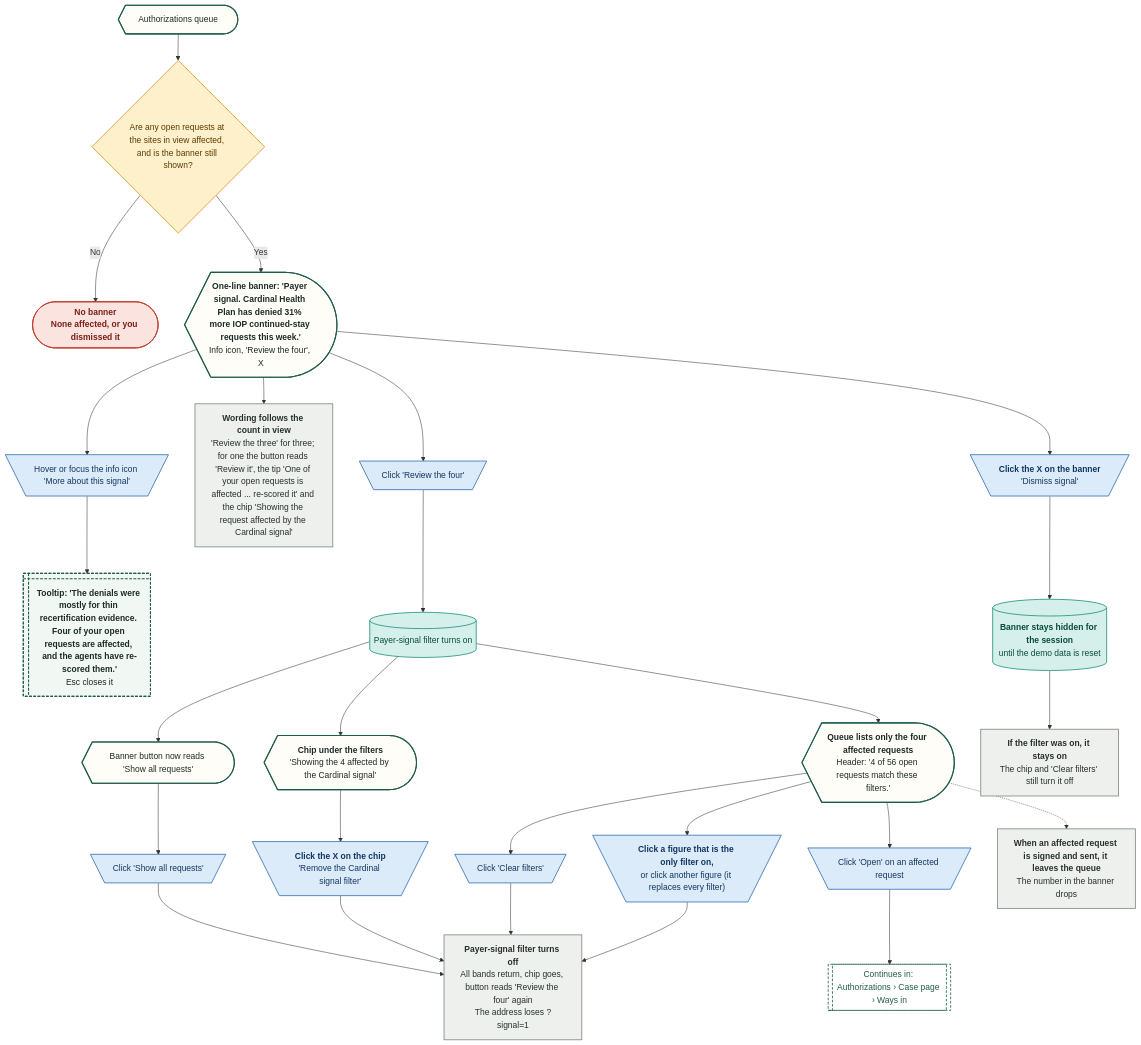
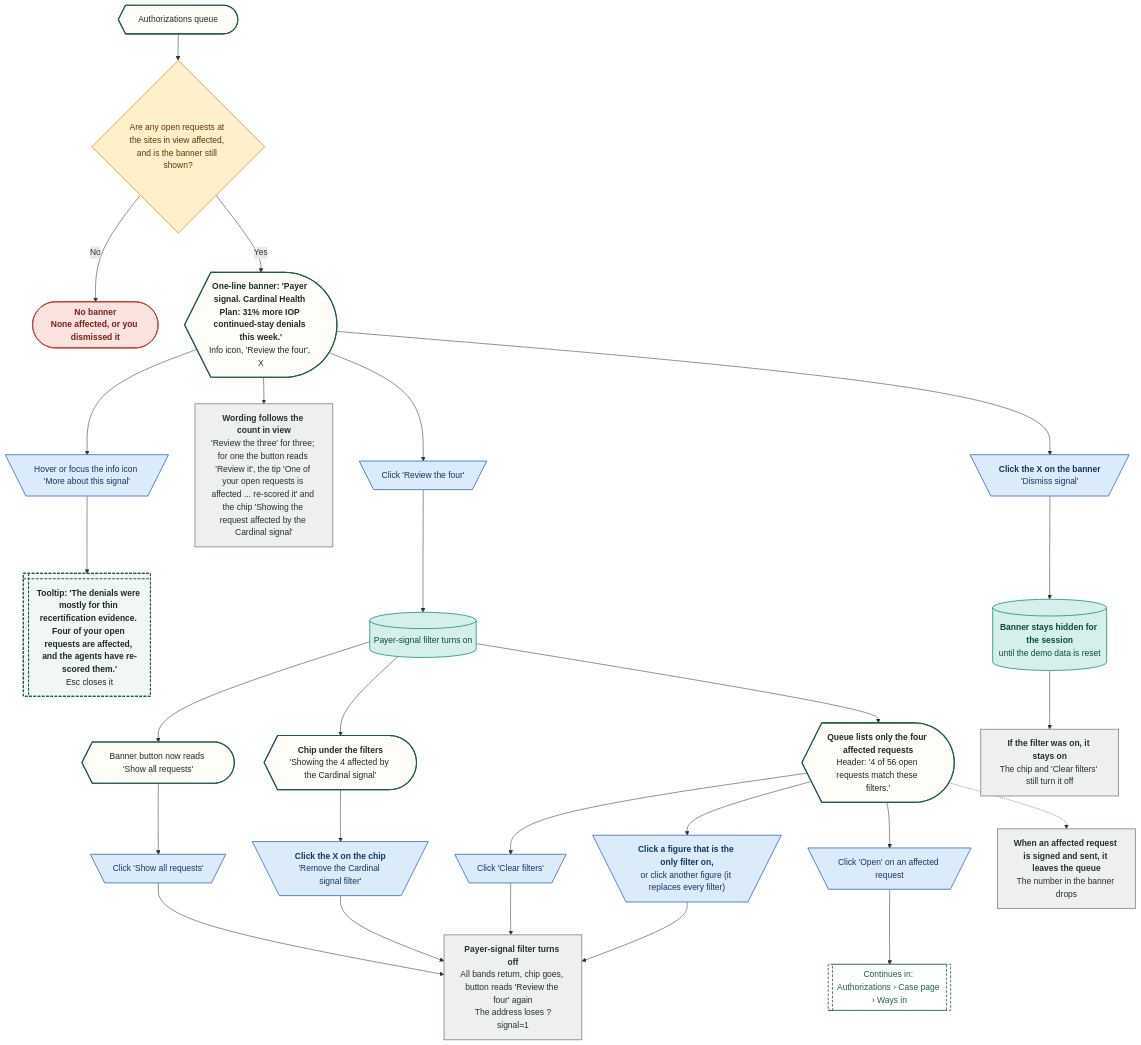
One commit to Shrav143/psyfloapp changed the eighth of 34 diagrams in demos/prior-auth-demo/workflows/out/md/03-authorizations.md. Above: the diagram before and after it, drawn with Mermaid. The commit also changed other lines of this file and 202 other files, not shown here.

First line of the commit message:
docs: round 6 README, CONVENTIONS, spec section 17, diagram module blurbs and 336 rebuilt diagrams

````diff
--- a/demos/prior-auth-demo/workflows/out/md/03-authorizations.md
+++ b/demos/prior-auth-demo/workflows/out/md/03-authorizations.md
@@ -659,65 +659,65 @@
 ```mermaid
 %%{init: {"theme":"base","themeVariables":{"fontFamily":"'DM Sans', 'Segoe UI', system-ui, sans-serif","fontSize":"15px","lineColor":"#5B6B63","primaryTextColor":"#1C2B25","clusterBkg":"#FBF8F3","clusterBorder":"#D9CDBB","edgeLabelBackground":"#FFFFFF"},"flowchart":{"curve":"basis","nodeSpacing":36,"rankSpacing":48,"padding":12,"htmlLabels":true,"useMaxWidth":false,"wrappingWidth":230}} }%%
 flowchart TD
   classDef k_start fill:#1F5C4B,stroke:#174638,color:#FFFFFF,stroke-width:1.5px,font-weight:600
   classDef k_end fill:#DDEFE3,stroke:#2E7D4F,color:#14502F,stroke-width:1.5px,font-weight:600
   classDef k_endx fill:#FBE3E0,stroke:#C0392B,color:#7A1F16,stroke-width:1.5px,font-weight:600
   classDef k_screen fill:#FFFDF8,stroke:#1F5C4B,color:#1C2B25,stroke-width:2px
   classDef k_overlay fill:#F1F7F3,stroke:#1F5C4B,color:#1C2B25,stroke-width:2px,stroke-dasharray:5 3
   classDef k_click fill:#DCEBFA,stroke:#2F6DB5,color:#12365F,stroke-width:1.5px
   classDef k_input fill:#E4E7FF,stroke:#4C5FD5,color:#1D2670,stroke-width:1.5px
   classDef k_process fill:#EEF0EE,stroke:#7A857F,color:#26302B,stroke-width:1.5px
   classDef k_agent fill:#EEE5FA,stroke:#7A4FC2,color:#341A63,stroke-width:1.5px
   classDef k_decision fill:#FFF0CC,stroke:#D9962B,color:#5C3B00,stroke-width:1.5px
   classDef k_store fill:#D5F0EA,stroke:#1C8E7B,color:#0B4A3F,stroke-width:1.5px
   classDef k_doc fill:#F6E9DC,stroke:#B07A4C,color:#4A2E14,stroke-width:1.5px
   classDef k_ext fill:#FFE6D2,stroke:#E07B39,color:#6B2F06,stroke-width:1.5px
   classDef k_wait fill:#E4E8EE,stroke:#6B7C93,color:#26303D,stroke-width:1.5px
   classDef k_toast fill:#FFF9DB,stroke:#C9A400,color:#5A4A00,stroke-width:1.5px
   classDef k_goto fill:#FFFFFF,stroke:#1F5C4B,color:#1F5C4B,stroke-width:1.5px,stroke-dasharray:5 3
   q@{ shape: curv-trap, label: "Authorizations queue" }
   d0@{ shape: diam, label: "Are any open requests at the sites in view affected, and is the banner still shown?" }
   e0@{ shape: stadium, label: "<b>No banner</b><br/>None affected, or you dismissed it" }
-  bn@{ shape: curv-trap, label: "<b>One-line banner: 'Payer signal. Cardinal Health Plan has denied 31% more IOP continued-stay requests this week.'</b><br/>Info icon, 'Review the four', X" }
+  bn@{ shape: curv-trap, label: "<b>One-line banner: 'Payer signal. Cardinal Health Plan: 31% more IOP continued-stay denials this week.'</b><br/>Info icon, 'Review the four', X" }
   inf@{ shape: trap-t, label: "Hover or focus the info icon 'More about this signal'" }
   tip@{ shape: win-pane, label: "<b>Tooltip: 'The denials were mostly for thin recertification evidence. Four of your open requests are affected, and the agents have re-scored them.'</b><br/>Esc closes it" }
   wd@{ shape: rect, label: "<b>Wording follows the count in view</b><br/>'Review the three' for three; for one the button reads 'Review it', the tip 'One of your open requests is affected ... re-scored it' and the chip 'Showing the request affected by the Cardinal signal'" }
   r@{ shape: trap-t, label: "Click 'Review the four'" }
   sf@{ shape: cyl, label: "Payer-signal filter turns on" }
   ls@{ shape: curv-trap, label: "<b>Queue lists only the four affected requests</b><br/>Header: '4 of 56 open requests match these filters.'" }
   chip@{ shape: curv-trap, label: "<b>Chip under the filters</b><br/>'Showing the 4 affected by the Cardinal signal'" }
   bb@{ shape: curv-trap, label: "Banner button now reads 'Show all requests'" }
   sa@{ shape: trap-t, label: "Click 'Show all requests'" }
   cx@{ shape: trap-t, label: "<b>Click the X on the chip</b><br/>'Remove the Cardinal signal filter'" }
   cf@{ shape: trap-t, label: "Click 'Clear filters'" }
   tl@{ shape: trap-t, label: "<b>Click a figure that is the only filter on,</b><br/>or click another figure (it replaces every filter)" }
   off@{ shape: rect, label: "<b>Payer-signal filter turns off</b><br/>All bands return, chip goes, button reads 'Review the four' again<br/>The address loses ?signal=1" }
   dis@{ shape: trap-t, label: "<b>Click the X on the banner</b><br/>'Dismiss signal'" }
   hid@{ shape: cyl, label: "<b>Banner stays hidden for the session</b><br/>until the demo data is reset" }
   stay@{ shape: rect, label: "<b>If the filter was on, it stays on</b><br/>The chip and 'Clear filters' still turn it off" }
   op@{ shape: trap-t, label: "Click 'Open' on an affected request" }
   gC@{ shape: subproc, label: "Continues in: Authorizations › Case page › Ways in" }
   sh@{ shape: rect, label: "<b>When an affected request is signed and sent, it leaves the queue</b><br/>The number in the banner drops" }
   q --> d0
   d0 -->|"No"| e0
   d0 -->|"Yes"| bn --> wd
   bn --> inf --> tip
   bn --> r --> sf --> ls
   sf --> chip
   sf --> bb
   bb --> sa --> off
   chip --> cx --> off
   ls --> cf --> off
   ls --> tl --> off
   bn --> dis --> hid --> stay
   ls --> op --> gC
   ls -.-> sh
   class q,bn,ls,chip,bb k_screen
   class d0 k_decision
   class e0 k_endx
   class inf,r,sa,cx,cf,tl,dis,op k_click
   class tip k_overlay
   class wd,off,stay,sh k_process
   class sf,hid k_store
   class gC k_goto
 ```
````
